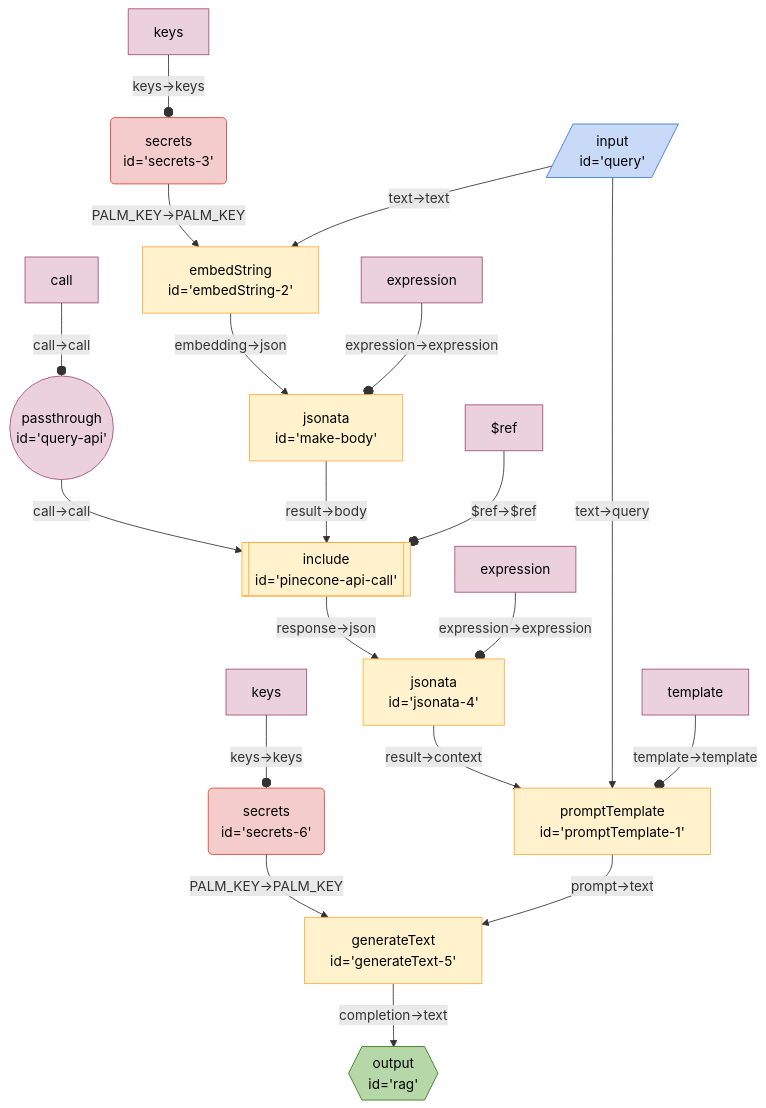
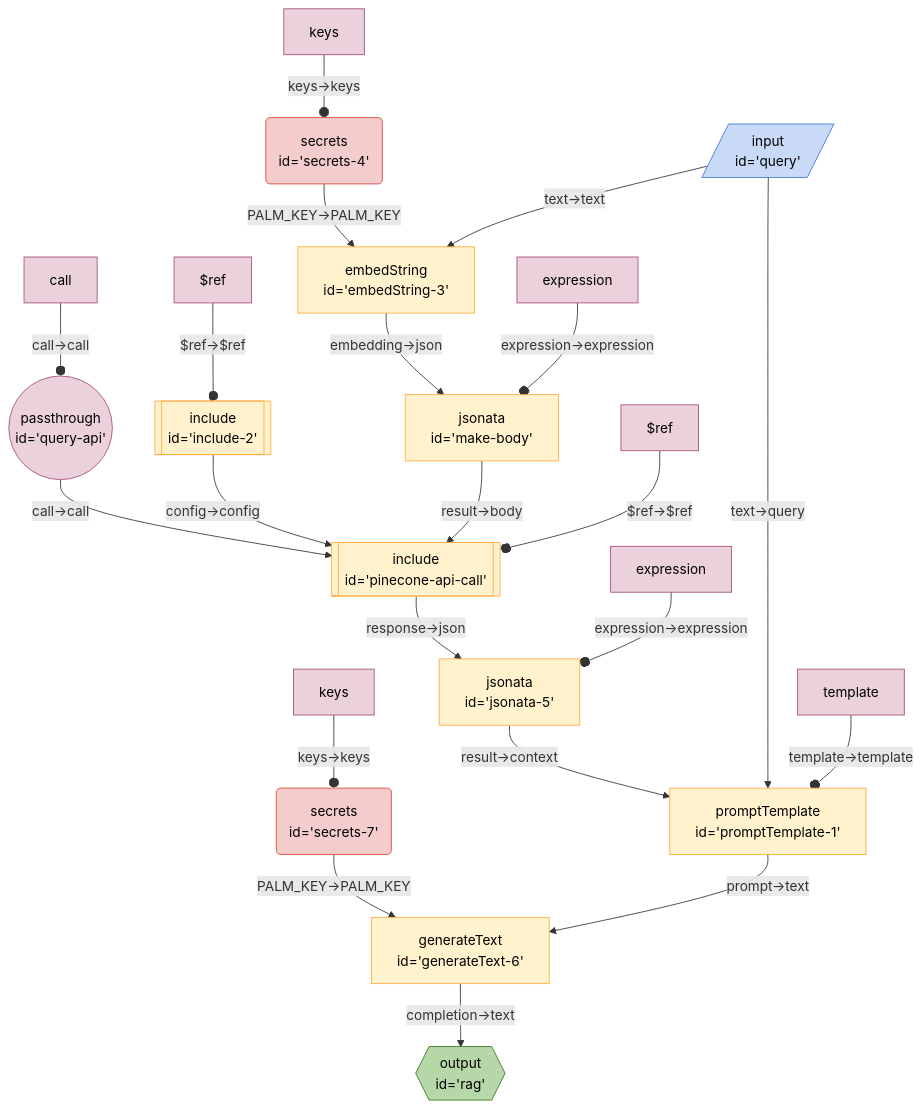
Before and after one commit to breadboard-ai/breadboard: the diagram in seeds/graph-playground/docs/graphs/pinecone-query.md, drawn with Mermaid. The commit also changed 8 other files, not shown here.

Commit message:
[graph-playground] Start using `pinecone-api-config`.

````diff
--- a/seeds/graph-playground/docs/graphs/pinecone-query.md
+++ b/seeds/graph-playground/docs/graphs/pinecone-query.md
@@ -5,30 +5,32 @@
   ```mermaid
   %%{init: 'themeVariables': { 'fontFamily': 'Fira Code, monospace' }}%%
 graph TD;
 queryapi(("passthrough <br> id='query-api'")):::passthrough -- "call->call" --> pineconeapicall[["include <br> id='pinecone-api-call'"]]:::include
-secrets3("secrets <br> id='secrets-3'"):::secrets -- "PALM_KEY->PALM_KEY" --> embedString2["embedString <br> id='embedString-2'"]
-jsonata4["jsonata <br> id='jsonata-4'"] -- "result->context" --> promptTemplate1["promptTemplate <br> id='promptTemplate-1'"]
-pineconeapicall[["include <br> id='pinecone-api-call'"]]:::include -- "response->json" --> jsonata4["jsonata <br> id='jsonata-4'"]
+include2[["include <br> id='include-2'"]]:::include -- "config->config" --> pineconeapicall[["include <br> id='pinecone-api-call'"]]:::include
+secrets4("secrets <br> id='secrets-4'"):::secrets -- "PALM_KEY->PALM_KEY" --> embedString3["embedString <br> id='embedString-3'"]
+jsonata5["jsonata <br> id='jsonata-5'"] -- "result->context" --> promptTemplate1["promptTemplate <br> id='promptTemplate-1'"]
+pineconeapicall[["include <br> id='pinecone-api-call'"]]:::include -- "response->json" --> jsonata5["jsonata <br> id='jsonata-5'"]
 makebody["jsonata <br> id='make-body'"] -- "result->body" --> pineconeapicall[["include <br> id='pinecone-api-call'"]]:::include
-embedString2["embedString <br> id='embedString-2'"] -- "embedding->json" --> makebody["jsonata <br> id='make-body'"]
-query[/"input <br> id='query'"/]:::input -- "text->text" --> embedString2["embedString <br> id='embedString-2'"]
+embedString3["embedString <br> id='embedString-3'"] -- "embedding->json" --> makebody["jsonata <br> id='make-body'"]
+query[/"input <br> id='query'"/]:::input -- "text->text" --> embedString3["embedString <br> id='embedString-3'"]
 query[/"input <br> id='query'"/]:::input -- "text->query" --> promptTemplate1["promptTemplate <br> id='promptTemplate-1'"]
-secrets6("secrets <br> id='secrets-6'"):::secrets -- "PALM_KEY->PALM_KEY" --> generateText5["generateText <br> id='generateText-5'"]
-generateText5["generateText <br> id='generateText-5'"] -- "completion->text" --> rag{{"output <br> id='rag'"}}:::output
-promptTemplate1["promptTemplate <br> id='promptTemplate-1'"] -- "prompt->text" --> generateText5["generateText <br> id='generateText-5'"]
+secrets7("secrets <br> id='secrets-7'"):::secrets -- "PALM_KEY->PALM_KEY" --> generateText6["generateText <br> id='generateText-6'"]
+generateText6["generateText <br> id='generateText-6'"] -- "completion->text" --> rag{{"output <br> id='rag'"}}:::output
+promptTemplate1["promptTemplate <br> id='promptTemplate-1'"] -- "prompt->text" --> generateText6["generateText <br> id='generateText-6'"]
 expressionmakebody[expression]:::config -- "expression->expression" --o makebody
 templatepromptTemplate1[template]:::config -- "template->template" --o promptTemplate1
 $refpineconeapicall[$ref]:::config -- "$ref->$ref" --o pineconeapicall
 callqueryapi[call]:::config -- "call->call" --o queryapi
-keyssecrets3[keys]:::config -- "keys->keys" --o secrets3
-expressionjsonata4[expression]:::config -- "expression->expression" --o jsonata4
-keyssecrets6[keys]:::config -- "keys->keys" --o secrets6
+$refinclude2[$ref]:::config -- "$ref->$ref" --o include2
+keyssecrets4[keys]:::config -- "keys->keys" --o secrets4
+expressionjsonata5[expression]:::config -- "expression->expression" --o jsonata5
+keyssecrets7[keys]:::config -- "keys->keys" --o secrets7
 classDef default stroke:#ffab40,fill:#fff2ccff,color:#000
 classDef input stroke:#3c78d8,fill:#c9daf8ff,color:#000
 classDef output stroke:#38761d,fill:#b6d7a8ff,color:#000
 classDef passthrough stroke:#a64d79,fill:#ead1dcff,color:#000
 classDef slot stroke:#a64d79,fill:#ead1dcff,color:#000
 classDef config stroke:#a64d79,fill:#ead1dcff,color:#000
 classDef secrets stroke:#db4437,fill:#f4cccc,color:#000
 classDef slotted stroke:#a64d79
   ```
````
